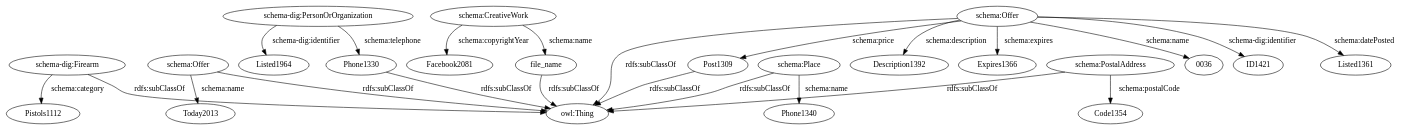
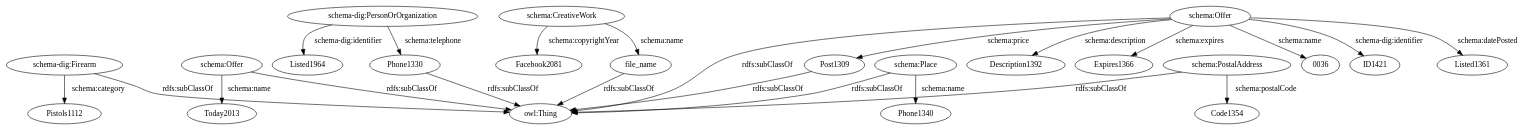
The diagram in data/taheriyan2016/task_04/semantic_models/plausibles/dot/tennesseegunexchange.dot (giuseppefutia/semi), drawn with Graphviz before and after one commit. The commit also changed 89 other files, not shown here.

```diff
--- a/data/taheriyan2016/task_04/semantic_models/plausibles/dot/tennesseegunexchange.dot
+++ b/data/taheriyan2016/task_04/semantic_models/plausibles/dot/tennesseegunexchange.dot
@@ -1,46 +1,46 @@
 digraph {
   Pistols1112 [type=attribute_name,label=Pistols1112]
   "schema-dig:Firearm1" [type=class_uri,label="schema-dig:Firearm"]
   Listed1964 [type=attribute_name,label=Listed1964]
   "schema-dig:PersonOrOrganization1" [type=class_uri,label="schema-dig:PersonOrOrganization"]
   Phone1330 [type=attribute_name,label=Phone1330]
   Facebook2081 [type=attribute_name,label=Facebook2081]
   "schema:CreativeWork1" [type=class_uri,label="schema:CreativeWork"]
   file_name [type=attribute_name,label=file_name]
   ID1421 [type=attribute_name,label=ID1421]
   "schema:Offer1" [type=class_uri,label="schema:Offer"]
   Listed1361 [type=attribute_name,label=Listed1361]
   Description1392 [type=attribute_name,label=Description1392]
   Expires1366 [type=attribute_name,label=Expires1366]
   "0036" [type=attribute_name,label="0036"]
   Post1309 [type=attribute_name,label=Post1309]
   Today2013 [type=attribute_name,label=Today2013]
   "schema:Offer2" [type=class_uri,label="schema:Offer"]
   Phone1340 [type=attribute_name,label=Phone1340]
   "schema:Place1" [type=class_uri,label="schema:Place"]
   Code1354 [type=attribute_name,label=Code1354]
   "schema:PostalAddress1" [type=class_uri,label="schema:PostalAddress"]
   "owl:Thing" [type=special,label="owl:Thing"]
   "schema-dig:Firearm1" -> Pistols1112 [label="schema:category",type=st_property_uri]
   "schema-dig:PersonOrOrganization1" -> Listed1964 [label="schema-dig:identifier",type=st_property_uri]
   "schema-dig:PersonOrOrganization1" -> Phone1330 [label="schema:telephone",type=st_property_uri]
   "schema:CreativeWork1" -> Facebook2081 [label="schema:copyrightYear",type=st_property_uri]
   "schema:CreativeWork1" -> file_name [label="schema:name",type=st_property_uri]
   "schema:Offer1" -> ID1421 [label="schema-dig:identifier",type=st_property_uri]
   "schema:Offer1" -> Listed1361 [label="schema:datePosted",type=st_property_uri]
   "schema:Offer1" -> Description1392 [label="schema:description",type=st_property_uri]
   "schema:Offer1" -> Expires1366 [label="schema:expires",type=st_property_uri]
   "schema:Offer1" -> "0036" [label="schema:name",type=st_property_uri]
   "schema:Offer1" -> Post1309 [label="schema:price",type=st_property_uri]
   "schema:Offer2" -> Today2013 [label="schema:name",type=st_property_uri]
   "schema:Place1" -> Phone1340 [label="schema:name",type=st_property_uri]
   "schema:PostalAddress1" -> Code1354 [label="schema:postalCode",type=st_property_uri]
-  "schema-dig:Firearm1" -> "owl:Thing" [label="rdfs:subClassOf",type=inherited]
-  Phone1330 -> "owl:Thing" [label="rdfs:subClassOf",type=inherited]
-  file_name -> "owl:Thing" [label="rdfs:subClassOf",type=inherited]
-  Post1309 -> "owl:Thing" [label="rdfs:subClassOf",type=inherited]
-  "schema:Offer1" -> "owl:Thing" [label="rdfs:subClassOf",type=inherited]
-  "schema:Offer2" -> "owl:Thing" [label="rdfs:subClassOf",type=inherited]
-  "schema:Place1" -> "owl:Thing" [label="rdfs:subClassOf",type=inherited]
-  "schema:PostalAddress1" -> "owl:Thing" [label="rdfs:subClassOf",type=inherited]
+  "schema-dig:Firearm1" -> "owl:Thing" [label="rdfs:subClassOf",type=inherited,weight=0.3333333333333333]
+  Phone1330 -> "owl:Thing" [label="rdfs:subClassOf",type=inherited,weight=0.3333333333333333]
+  file_name -> "owl:Thing" [label="rdfs:subClassOf",type=inherited,weight=0.3333333333333333]
+  Post1309 -> "owl:Thing" [label="rdfs:subClassOf",type=inherited,weight=0.3333333333333333]
+  "schema:Offer1" -> "owl:Thing" [label="rdfs:subClassOf",type=inherited,weight=0.3333333333333333]
+  "schema:Offer2" -> "owl:Thing" [label="rdfs:subClassOf",type=inherited,weight=0.3333333333333333]
+  "schema:Place1" -> "owl:Thing" [label="rdfs:subClassOf",type=inherited,weight=0.3333333333333333]
+  "schema:PostalAddress1" -> "owl:Thing" [label="rdfs:subClassOf",type=inherited,weight=0.3333333333333333]
 }
```
